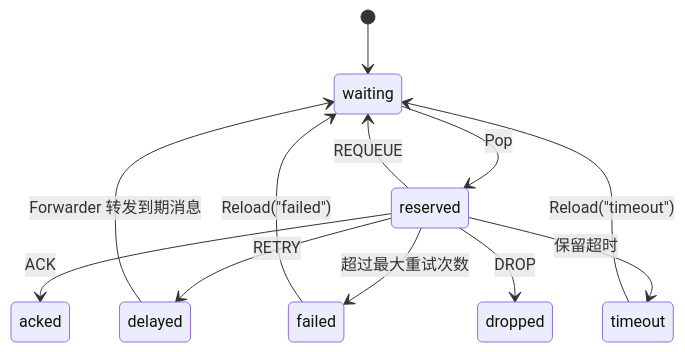
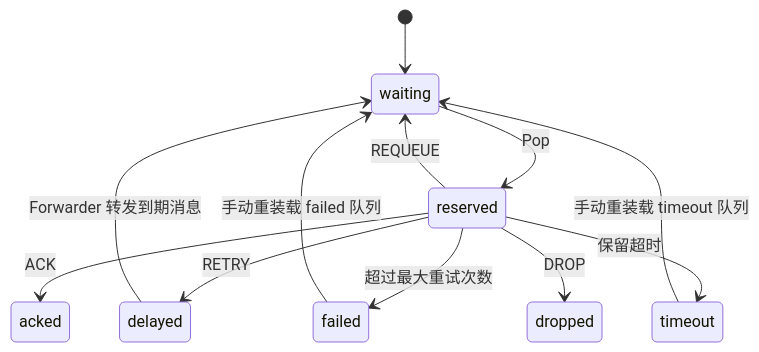
Before and after one commit to liuxiaozhicn/async-queue-go: the third of 4 diagrams in docs/zh-CN/guide.md, drawn with Mermaid. The commit also changed other lines of this file and 1 other file, not shown here.

Commit message:
docs fix mermaid labels for github rendering

````diff
--- a/docs/zh-CN/guide.md
+++ b/docs/zh-CN/guide.md
@@ -107,14 +107,14 @@
 ```mermaid
 stateDiagram-v2
     [*] --> waiting
     waiting --> reserved: Pop
     reserved --> acked: ACK
     reserved --> delayed: RETRY
     reserved --> waiting: REQUEUE
     reserved --> failed: 超过最大重试次数
     reserved --> timeout: 保留超时
     delayed --> waiting: Forwarder 转发到期消息
-    timeout --> waiting: Reload("timeout")
-    failed --> waiting: Reload("failed")
+    timeout --> waiting: 手动重装载 timeout 队列
+    failed --> waiting: 手动重装载 failed 队列
     reserved --> dropped: DROP
 ```
````
